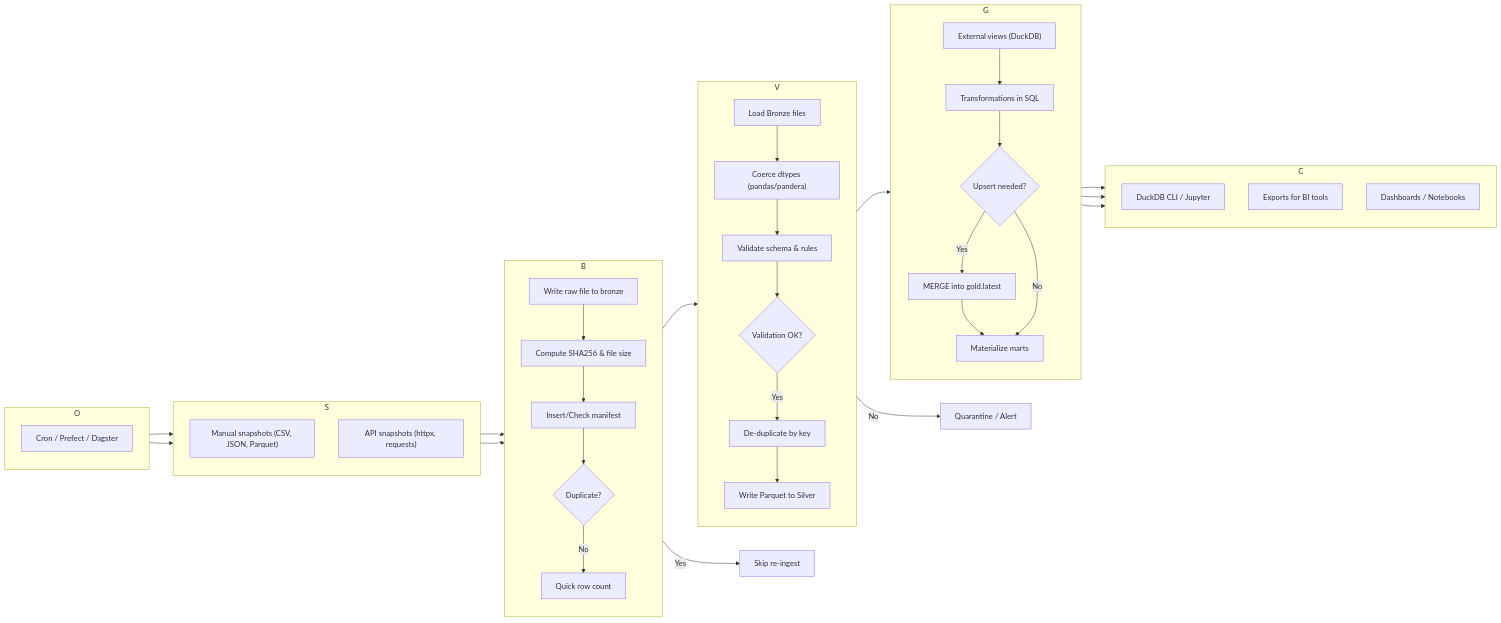
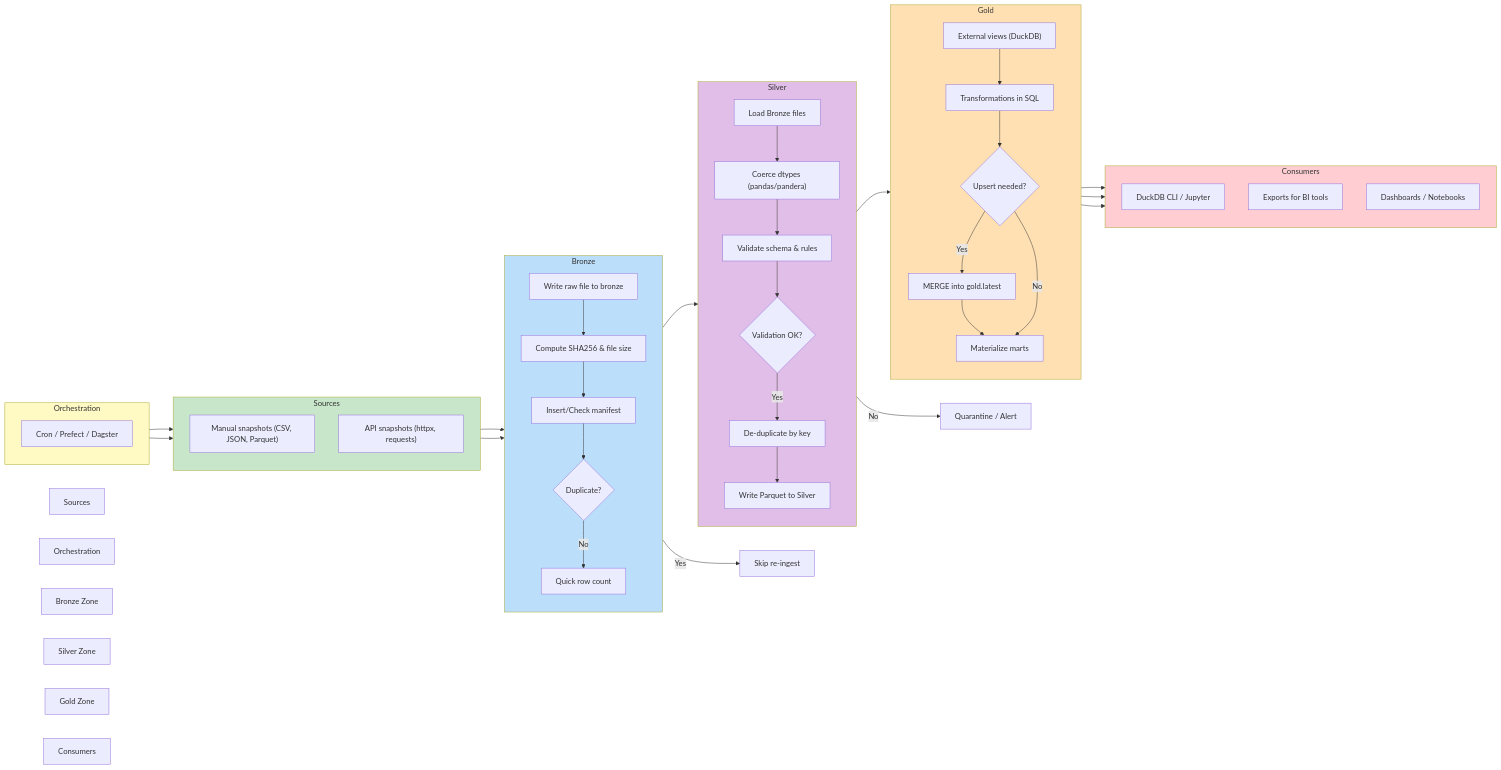
The diagram in mermaid.md (kevinmcaleer/ducklake), drawn with Mermaid before and after one commit. The commit also changed 34 other files, not shown here.

````diff
--- a/mermaid.md
+++ b/mermaid.md
@@ -1,8 +1,11 @@
 ```mermaid
+---
+id: 7c1731cf-b861-479a-8ee2-2106c0fc1d89
+---
 flowchart LR
 
   %% Sources
-  subgraph S
+  subgraph Sources
     direction TB
     S1["Manual snapshots (CSV, JSON, Parquet)"]
     S2["API snapshots (httpx, requests)"]
@@ -10,14 +13,14 @@
   S[Sources]
 
   %% Orchestration
-  subgraph O
+  subgraph Orchestration
     direction TB
     O1["Cron / Prefect / Dagster"]
   end
   O[Orchestration]
 
   %% Bronze
-  subgraph B
+  subgraph Bronze
     direction TB
     B0["Write raw file to bronze"]
     B1["Compute SHA256 & file size"]
@@ -28,7 +31,7 @@
   B[Bronze Zone]
 
   %% Silver
-  subgraph V
+  subgraph Silver
     direction TB
     V0["Load Bronze files"]
     V1["Coerce dtypes (pandas/pandera)"]
@@ -40,7 +43,7 @@
   V[Silver Zone]
 
   %% Gold
-  subgraph G
+  subgraph Gold
     direction TB
     G0["External views (DuckDB)"]
     G1["Transformations in SQL"]
@@ -51,7 +54,7 @@
   G[Gold Zone]
 
   %% Consumers
-  subgraph C
+  subgraph Consumers
     direction TB
     C1["DuckDB CLI / Jupyter"]
     C2["Exports for BI tools"]
@@ -77,4 +80,10 @@
   G3 --> C1
   G3 --> C2
   G3 --> C3
+  style Orchestration fill:#FFF9C4
+  style Sources fill:#C8E6C9
+  style Bronze fill:#BBDEFB
+  style Silver fill:#E1BEE7
+  style Gold fill:#FFE0B2
+  style Consumers fill:#FFCDD2
 ```
````
